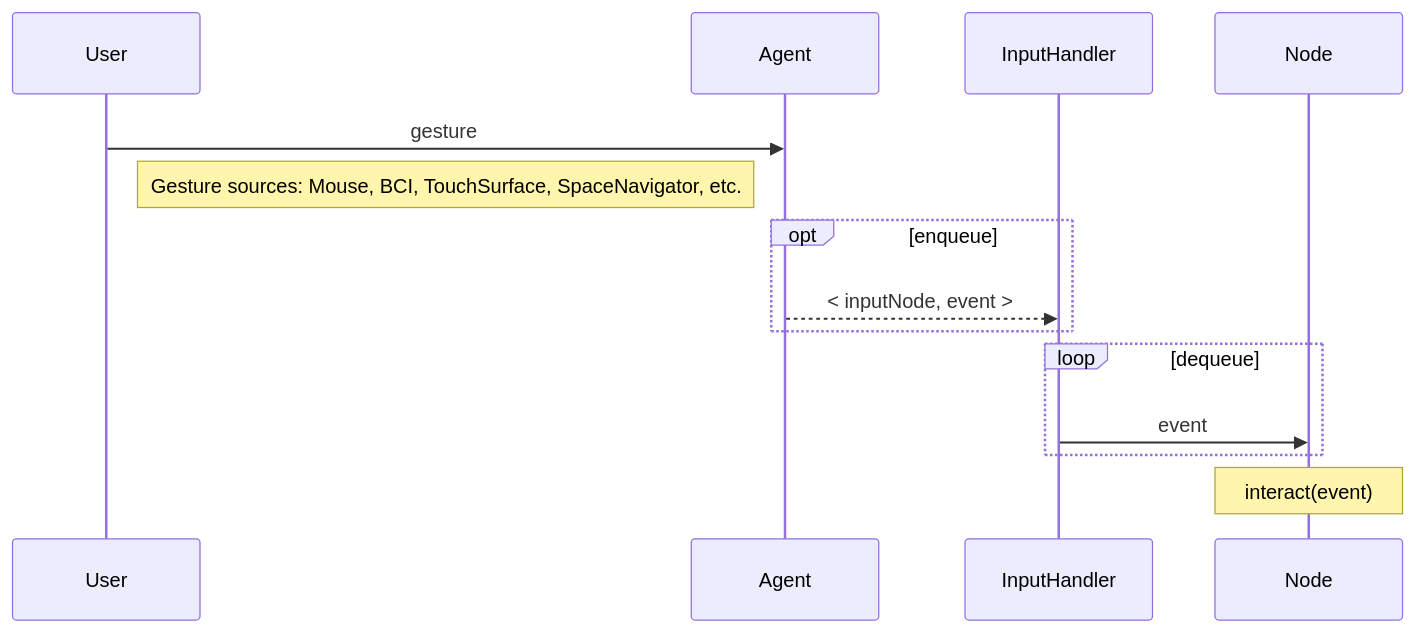
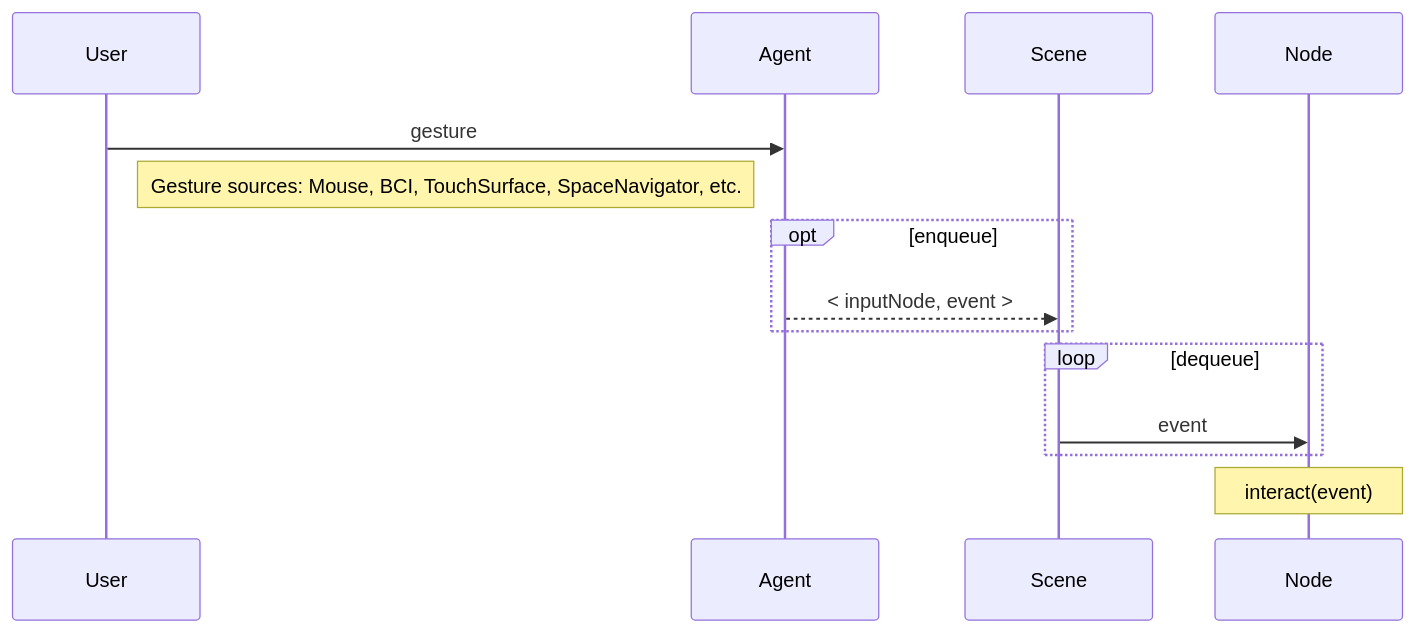
Before and after one commit to VisualComputing/Interaction: the diagram in fig/arch1b.mermaid, drawn with Mermaid. The commit also changed 6 other files, not shown here.

```diff
--- a/fig/arch1b.mermaid
+++ b/fig/arch1b.mermaid
@@ -1,10 +1,10 @@
 sequenceDiagram
     User->>Agent: gesture
     Note right of User: Gesture sources: Mouse, BCI, TouchSurface, SpaceNavigator, etc.
     opt enqueue
-        Agent-->>InputHandler: < inputNode, event >
+        Agent-->>Scene: < inputNode, event >
     end
     loop dequeue
-      InputHandler->>Node: event
+      Scene->>Node: event
     end
     Note over Node: interact(event)
```
